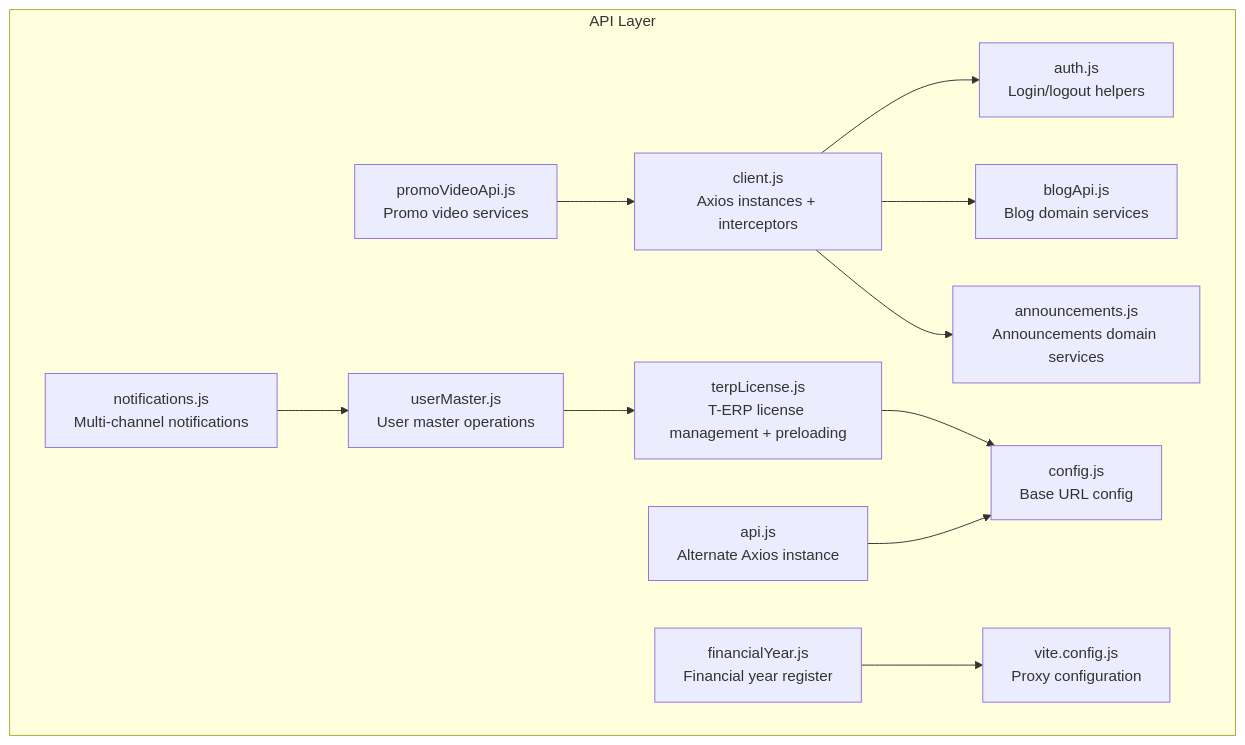
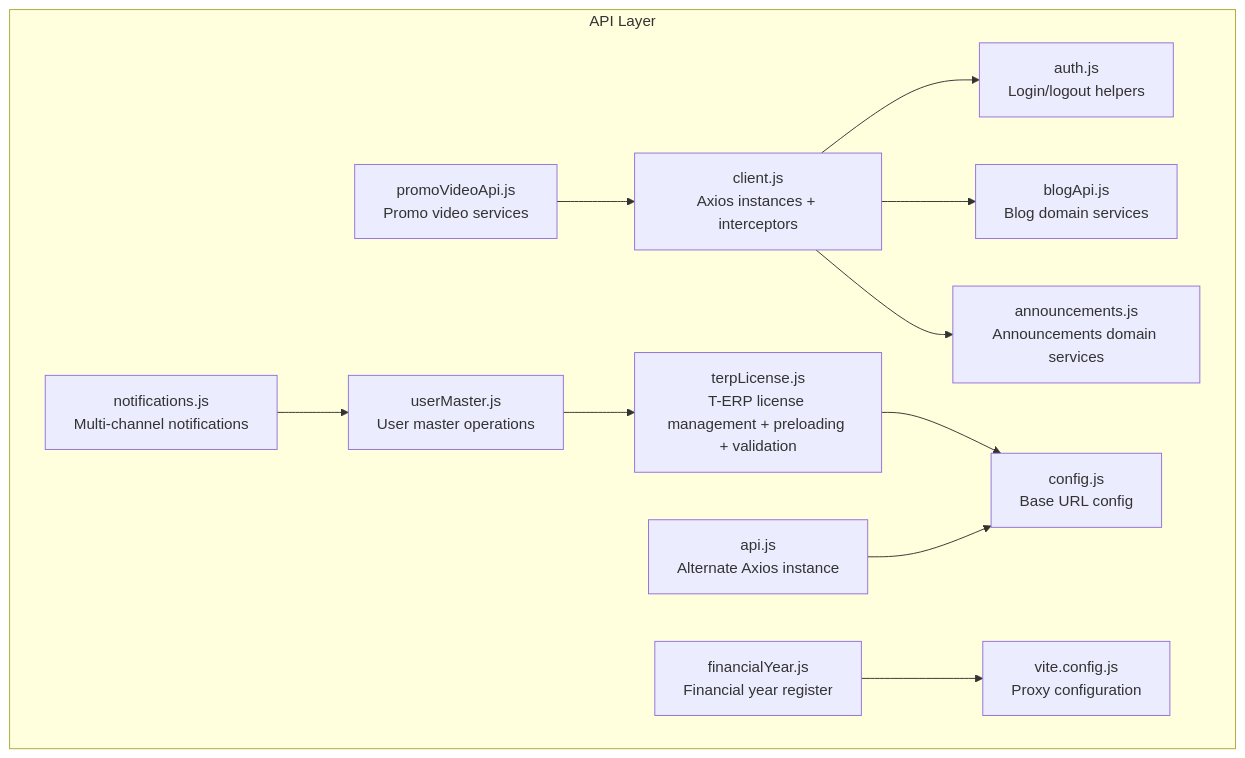
The first of 13 diagrams in .qoder/repowiki/en/content/Application Architecture/API Integration Patterns.md (imcbsglobal/TRELLISCO_ERP_FRONTEND), drawn with Mermaid before and after one commit. The commit also changed other lines of this file and 15 other files, not shown here.

````diff
--- a/.qoder/repowiki/en/content/Application Architecture/API Integration Patterns.md
+++ b/.qoder/repowiki/en/content/Application Architecture/API Integration Patterns.md
@@ -67,26 +67,26 @@
 ```mermaid
 graph TB
 subgraph "API Layer"
 Client["client.js<br/>Axios instances + interceptors"]
 ApiLegacy["api.js<br/>Alternate Axios instance"]
 Auth["auth.js<br/>Login/logout helpers"]
 Blog["blogApi.js<br/>Blog domain services"]
 Announcements["announcements.js<br/>Announcements domain services"]
 Promo["promoVideoApi.js<br/>Promo video services"]
-Terp["terpLicense.js<br/>T-ERP license management + preloading"]
+Terp["terpLicense.js<br/>T-ERP license management + preloading + validation"]
 UserMaster["userMaster.js<br/>User master operations"]
 Notifications["notifications.js<br/>Multi-channel notifications"]
 FinancialYear["financialYear.js<br/>Financial year register"]
 Config["config.js<br/>Base URL config"]
 ViteConfig["vite.config.js<br/>Proxy configuration"]
 end
 Client --> Auth
 Client --> Blog
 Client --> Announcements
 Promo --> Client
 Terp --> Config
 UserMaster --> Terp
 Notifications --> UserMaster
 FinancialYear --> ViteConfig
 ApiLegacy --> Config
 ```
````
